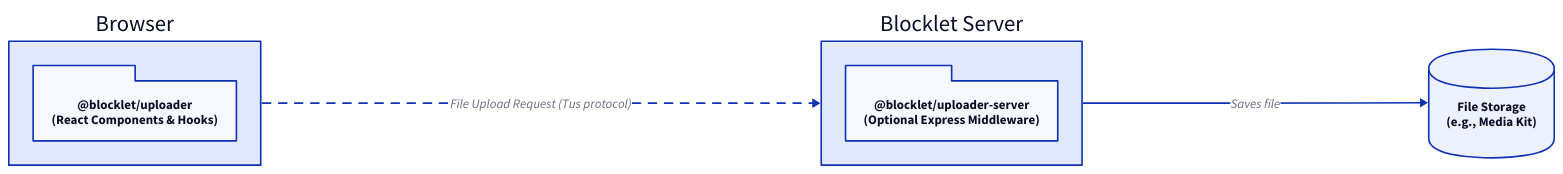
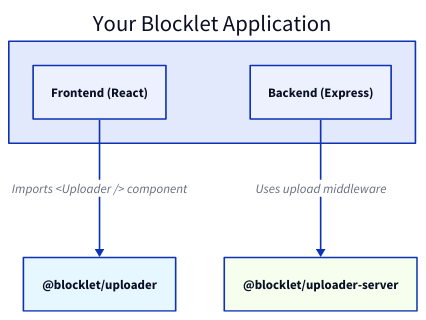
The diagram in .aigne/doc-smith/docs/api-reference.md (blocklet/media-kit), drawn with D2 before and after one commit. The commit also changed other lines of this file and 27 other files, not shown here.

````diff
--- a/.aigne/doc-smith/docs/api-reference.md
+++ b/.aigne/doc-smith/docs/api-reference.md
@@ -9,27 +12,34 @@
 ```d2
-direction: right
+direction: down
 
-"Browser" {
-  "@blocklet/uploader": {
-    shape: package
-    label: "@blocklet/uploader\n(React Components & Hooks)"
+your-blocklet-app: {
+  label: "Your Blocklet Application"
+  shape: rectangle
+
+  frontend: {
+    label: "Frontend (React)"
+    shape: rectangle
+  }
+
+  backend: {
+    label: "Backend (Express)"
+    shape: rectangle
   }
 }
 
-"Blocklet Server" {
-  "@blocklet/uploader-server": {
-    shape: package
-    label: "@blocklet/uploader-server\n(Optional Express Middleware)"
-  }
+uploader: {
+  label: "@blocklet/uploader"
+  shape: rectangle
+  style.fill: "#E6F7FF"
 }
 
-"Storage" {
-  shape: cylinder
-  label: "File Storage\n(e.g., Media Kit)"
+uploader-server: {
+  label: "@blocklet/uploader-server"
+  shape: rectangle
+  style.fill: "#F6FFED"
 }
 
-"Browser" -> "Blocklet Server": "File Upload Request (Tus protocol)" {
-  style.animated: true
-}
-"Blocklet Server" -> "Storage": "Saves file"
+your-blocklet-app.frontend -> uploader: "Imports <Uploader /> component"
+your-blocklet-app.backend -> uploader-server: "Uses upload middleware"
+
 ```
````
